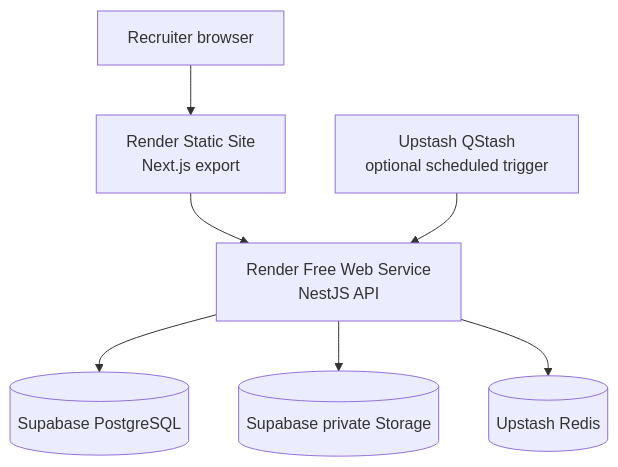
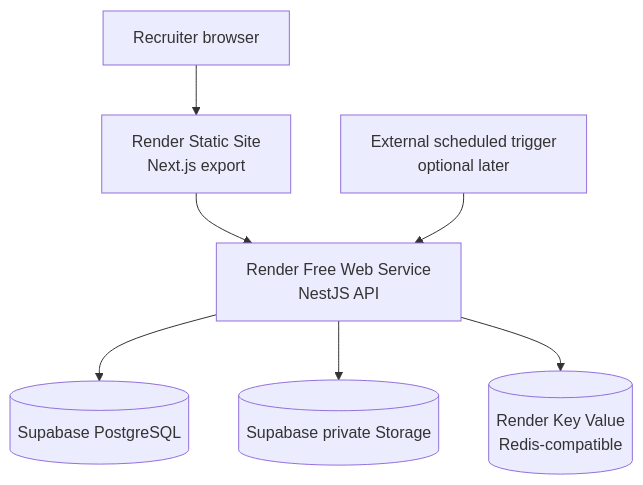
The diagram in docs/diagrams/free-tier-deployment.md (vitoo16/recruitops-platform), drawn with Mermaid before and after one commit.

Commit message:
docs: update free-tier deployment diagram

````diff
--- a/docs/diagrams/free-tier-deployment.md
+++ b/docs/diagrams/free-tier-deployment.md
@@ -3,17 +3,17 @@
 ```mermaid
 flowchart TB
     USER[Recruiter browser]
     WEB[Render Static Site\nNext.js export]
     API[Render Free Web Service\nNestJS API]
     DB[(Supabase PostgreSQL)]
     STORE[(Supabase private Storage)]
-    REDIS[(Upstash Redis)]
-    QSTASH[Upstash QStash\noptional scheduled trigger]
+    REDIS[(Render Key Value\nRedis-compatible)]
+    QSTASH[External scheduled trigger\noptional later]
 
     USER --> WEB
     WEB --> API
     API --> DB
     API --> STORE
     API --> REDIS
     QSTASH --> API
 ```
````
